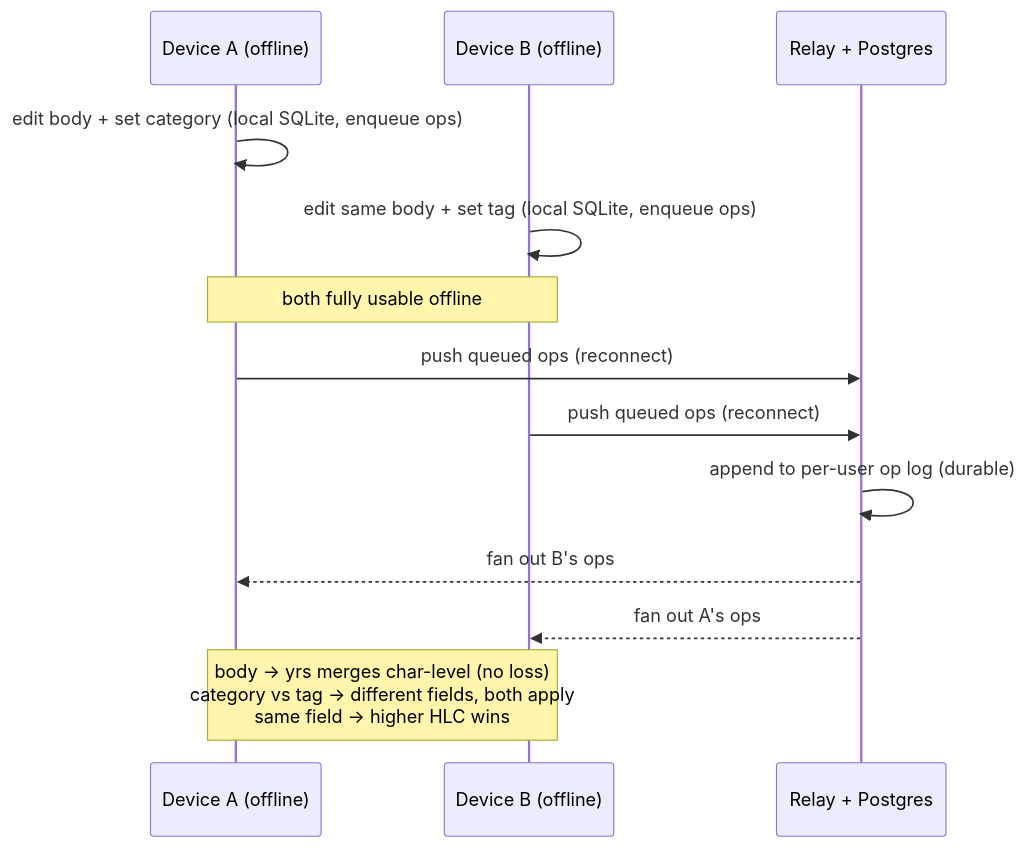
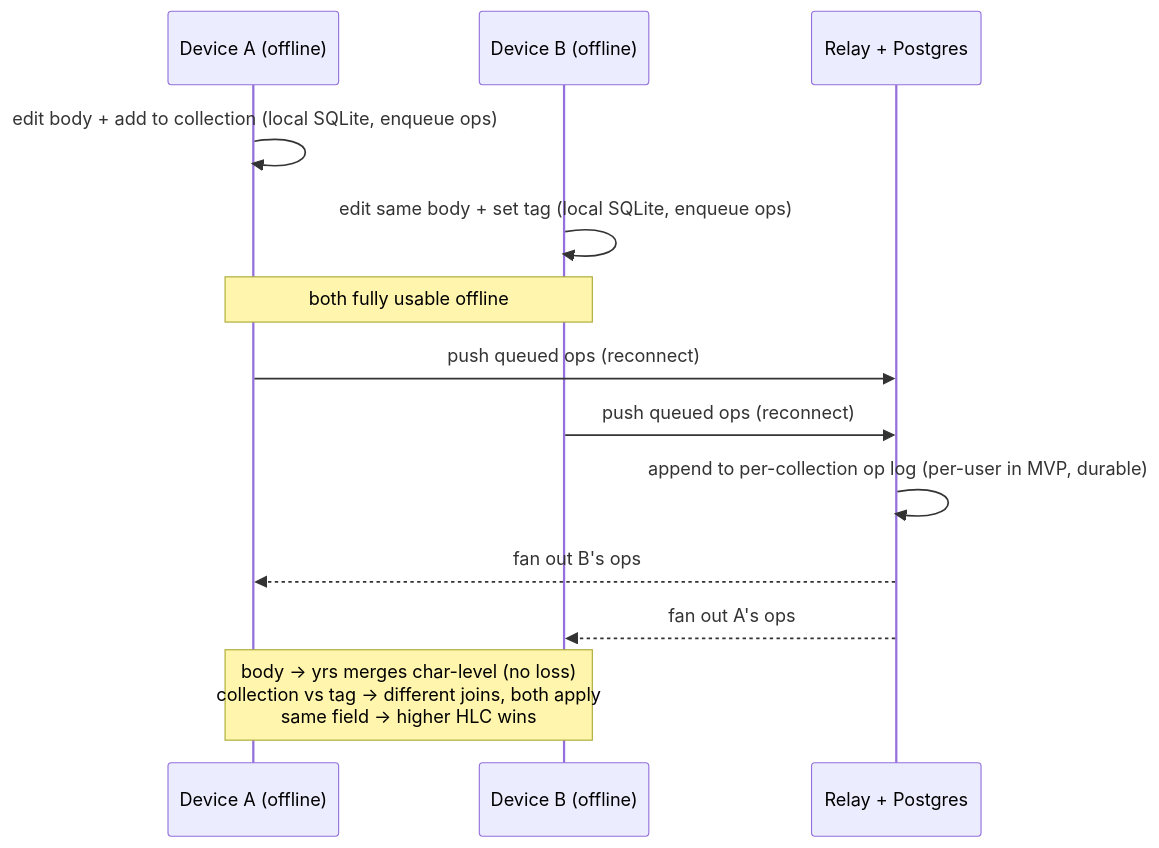
One commit to erancihan/erancihan changed the third of 3 diagrams in projects/todo-app/docs/02-architecture.md. Above: the diagram before and after it, drawn with Mermaid. The commit also changed other lines of this file and 5 other files, not shown here.

````diff
--- a/projects/todo-app/docs/02-architecture.md
+++ b/projects/todo-app/docs/02-architecture.md
@@ -205,15 +210,15 @@
 ```mermaid
 sequenceDiagram
   participant A as Device A (offline)
   participant B as Device B (offline)
   participant R as Relay + Postgres
-  A->>A: edit body + set category (local SQLite, enqueue ops)
+  A->>A: edit body + add to collection (local SQLite, enqueue ops)
   B->>B: edit same body + set tag (local SQLite, enqueue ops)
   Note over A,B: both fully usable offline
   A->>R: push queued ops (reconnect)
   B->>R: push queued ops (reconnect)
-  R->>R: append to per-user op log (durable)
+  R->>R: append to per-collection op log (per-user in MVP, durable)
   R-->>A: fan out B's ops
   R-->>B: fan out A's ops
-  Note over A,B: body → yrs merges char-level (no loss)<br/>category vs tag → different fields, both apply<br/>same field → higher HLC wins
+  Note over A,B: body → yrs merges char-level (no loss)<br/>collection vs tag → different joins, both apply<br/>same field → higher HLC wins
 ```
````
